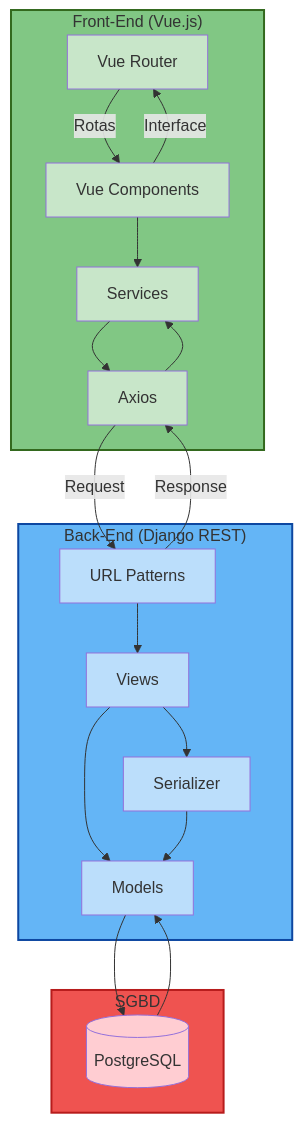
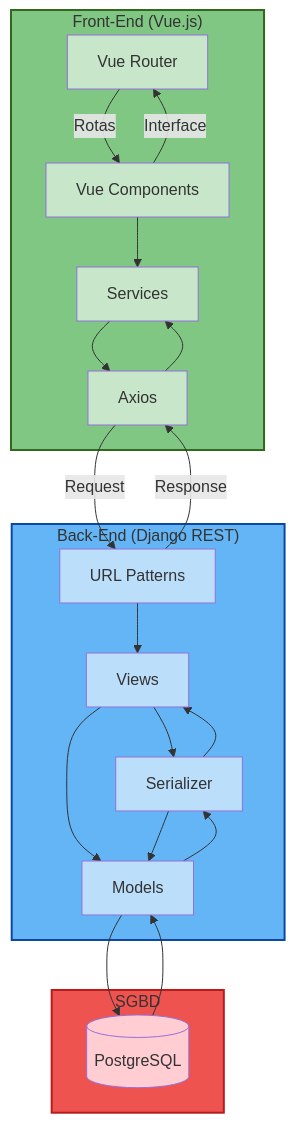
One commit to tallysdev/eventSync changed the diagram in docs/projeto-arquitetural.md. Above: the diagram before and after it, drawn with Mermaid.

Commit message:
refactor: adjusting the mermaid flow #19

```diff
--- a/docs/projeto-arquitetural.md
+++ b/docs/projeto-arquitetural.md
@@ -14,51 +14,53 @@
 ~~~mermaid
 
 graph TD;
 
 style VueJS fill:#81C784,stroke:#33691E,stroke-width:2px;
 style Django_REST fill:#64B5F6,stroke:#0D47A1,stroke-width:2px;
 style Database fill:#EF5350,stroke:#B71C1C,stroke-width:2px;
 
 subgraph VueJS["Front-End (Vue.js)"]
     style router fill:#C8E6C9
     style components fill:#C8E6C9
     style service fill:#C8E6C9
     style axios fill:#C8E6C9
     router[Vue Router]
     components[Vue Components]
     service[Services]
     axios[Axios]
 end
 
 subgraph Django_REST["Back-End (Django REST)"]
     style urlPatterns fill:#BBDEFB
     style views fill:#BBDEFB
     style serializer fill:#BBDEFB
     style models fill:#BBDEFB
     urlPatterns[URL Patterns]
     views[Views]
     serializer[Serializer]
     models[Models]
 end
 
 subgraph Database["SGBD"]
     style db fill:#FFCDD2
     db[(PostgreSQL)]
 end
 
 router -->|Rotas| components
 components --> service
 service --> axios
 axios -->|Request| urlPatterns
 urlPatterns --> views
 views -->serializer
 views --> models
 models --> db
 db --> models
 urlPatterns -->|Response| axios
 axios --> service
 components -->|Interface| router
 serializer --> models
+models --> serializer
+serializer --> views    
 
 
 ~~~
```
